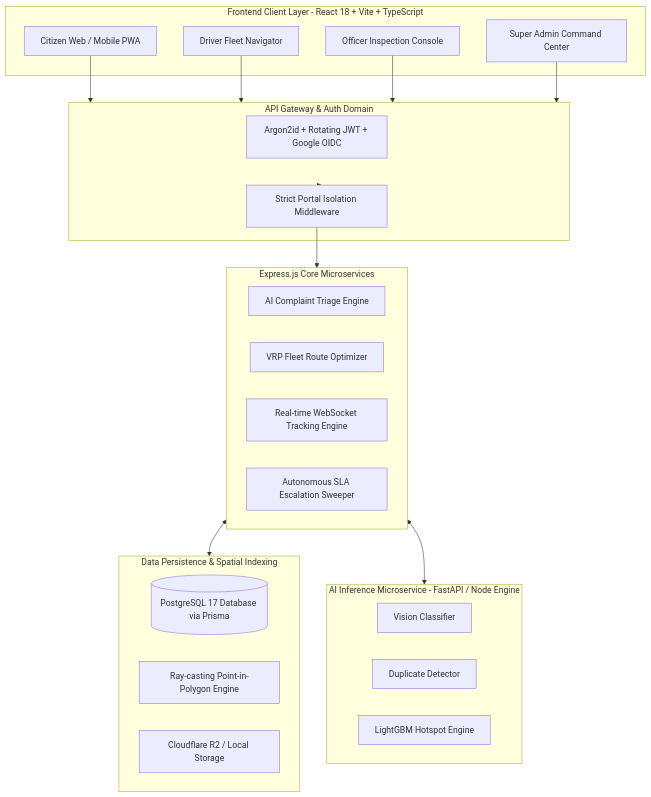
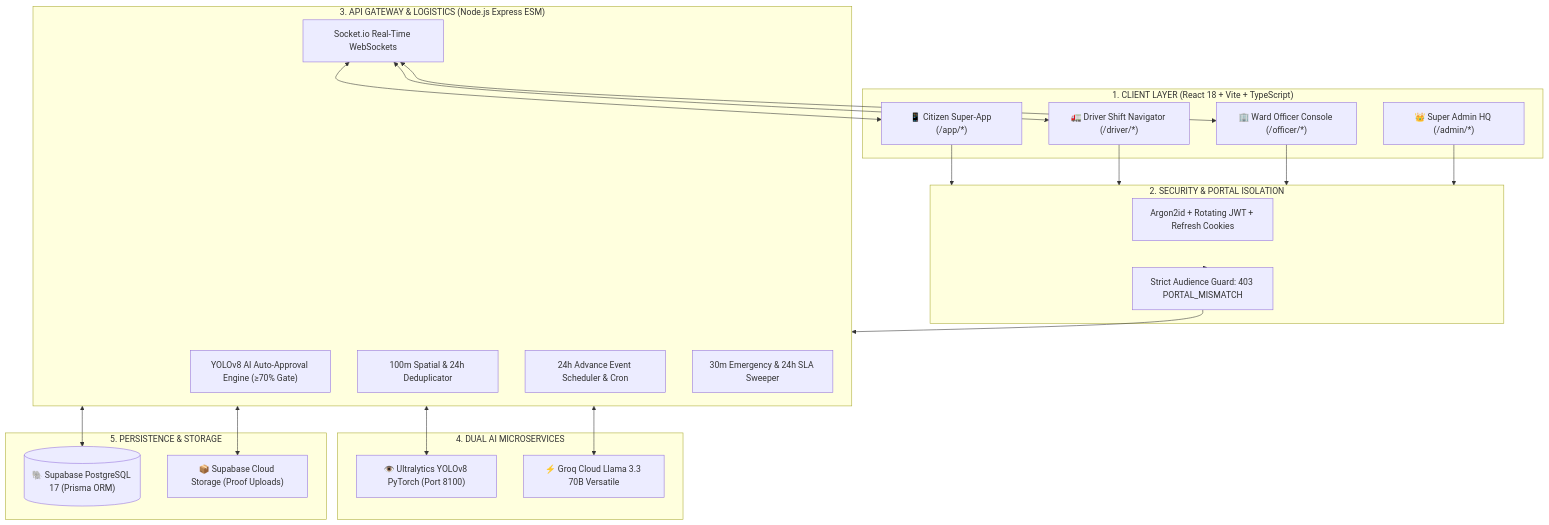
Before and after one commit to Parthh1002/SafaaiSarathi2.0: the diagram in Waste Management/README.md, drawn with Mermaid. The commit also changed other lines of this file and 1 other file, not shown here.

Commit message:
docs: overhaul root and Waste Management READMEs with judge-focused architecture, 10x differentiation matrix, and pre-emptive FAQs

````diff
--- a/Waste Management/README.md
+++ b/Waste Management/README.md
@@ -130,38 +116,40 @@
 ```mermaid
 flowchart TB
-    subgraph Client Layer [Frontend Client Layer - React 18 + Vite + TypeScript]
-        CP[Citizen Web / Mobile PWA]
-        DP[Driver Fleet Navigator]
-        OP[Officer Inspection Console]
-        AP[Super Admin Command Center]
+    subgraph ClientLayer ["1. CLIENT LAYER (React 18 + Vite + TypeScript)"]
+        CP["📱 Citizen Super-App (/app/*)"]
+        DP["🚛 Driver Shift Navigator (/driver/*)"]
+        OP["🏢 Ward Officer Console (/officer/*)"]
+        AP["👑 Super Admin HQ (/admin/*)"]
     end
 
-    subgraph Gateway [API Gateway & Auth Domain]
-        AUTH[Argon2id + Rotating JWT + Google OIDC]
-        ISO[Strict Portal Isolation Middleware]
+    subgraph SecurityGate ["2. SECURITY & PORTAL ISOLATION"]
+        AUTH["Argon2id + Rotating JWT + Refresh Cookies"]
+        GUARD["Strict Audience Guard: 403 PORTAL_MISMATCH"]
     end
 
-    subgraph Core [Express.js Core Microservices]
-        TRIAGE[AI Complaint Triage Engine]
-        ROUTE[VRP Fleet Route Optimizer]
-        GPS[Real-time WebSocket Tracking Engine]
-        ESCALATE[Autonomous SLA Escalation Sweeper]
+    subgraph BackendCore ["3. API GATEWAY & LOGISTICS (Node.js Express ESM)"]
+        TRIAGE["YOLOv8 AI Auto-Approval Engine (≥70% Gate)"]
+        DEDUP["100m Spatial & 24h Deduplicator"]
+        SCHED["24h Advance Event Scheduler & Cron"]
+        ESCAL["30m Emergency & 24h SLA Sweeper"]
+        SOCKET["Socket.io Real-Time WebSockets"]
     end
 
-    subgraph Data [Data Persistence & Spatial Indexing]
-        PG[(PostgreSQL 17 Database via Prisma)]
-        GEO[Ray-casting Point-in-Polygon Engine]
-        STORE[Cloudflare R2 / Local Storage]
+    subgraph AIEngines ["4. DUAL AI MICROSERVICES"]
+        YOLO["👁️ Ultralytics YOLOv8 PyTorch (Port 8100)"]
+        GROQ["⚡ Groq Cloud Llama 3.3 70B Versatile"]
     end
 
-    subgraph AIService [AI Inference Microservice - FastAPI / Node Engine]
-        CLASS[Vision Classifier]
-        SIM[Duplicate Detector]
-        PRED[LightGBM Hotspot Engine]
+    subgraph DataStorage ["5. PERSISTENCE & STORAGE"]
+        PG[("🐘 Supabase PostgreSQL 17 (Prisma ORM)")]
+        S3["📦 Supabase Cloud Storage (Proof Uploads)"]
     end
 
-    CP & DP & OP & AP --> Gateway
-    Gateway --> ISO --> Core
-    Core <--> Data
-    Core <--> AIService
+    CP & DP & OP & AP --> SecurityGate
+    SecurityGate --> GUARD --> BackendCore
+    BackendCore <--> YOLO
+    BackendCore <--> GROQ
+    BackendCore <--> PG
+    BackendCore <--> S3
+    SOCKET <--> CP & DP & OP
 ```
````
